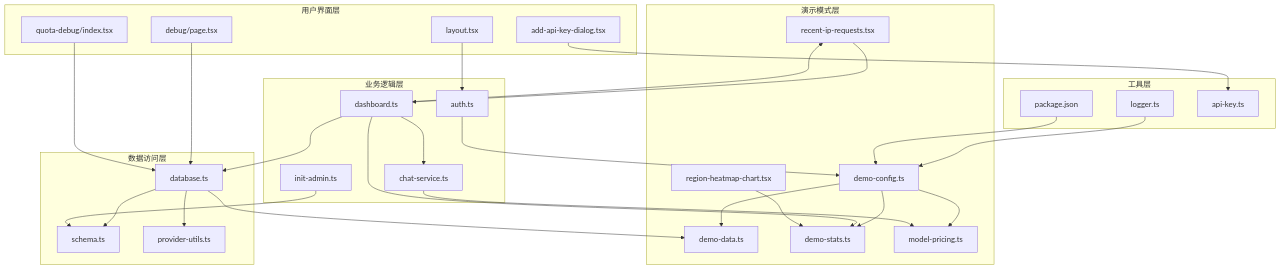
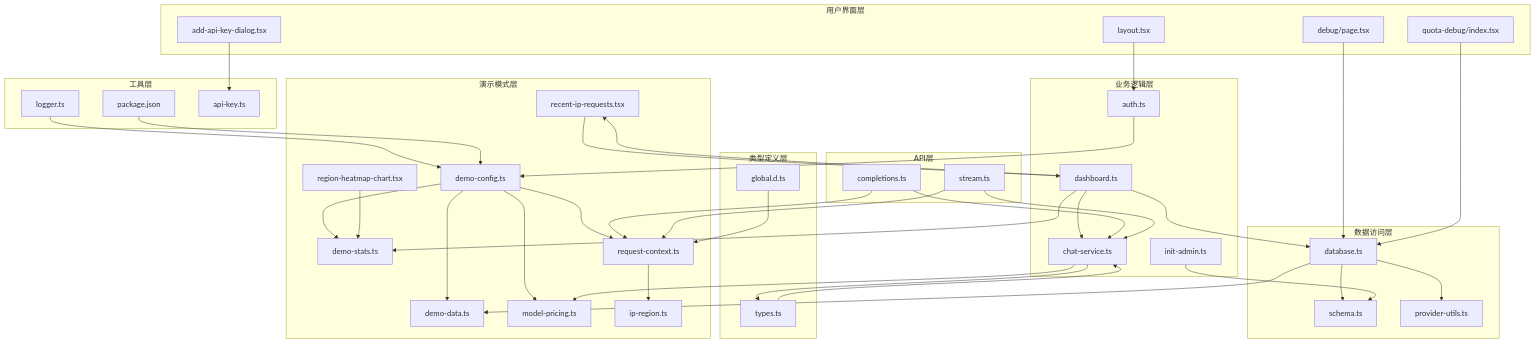
Before and after one commit to RadiumAg/AIGate: diagram 12 of 12 in .qoder/repowiki/zh/content/核心功能/演示模式系统.md, drawn with Mermaid. The commit also changed other lines of this file and 7 other files, not shown here.

````diff
--- a/.qoder/repowiki/zh/content/核心功能/演示模式系统.md
+++ b/.qoder/repowiki/zh/content/核心功能/演示模式系统.md
@@ -708,54 +694,73 @@
 ```mermaid
 graph TB
 subgraph "演示模式层"
 DC[demo-config.ts]
 DD[demo-data.ts]
 DS[demo-stats.ts]
 RHC[region-heatmap-chart.tsx]
 MP[model-pricing.ts]
 RIR[recent-ip-requests.tsx]
+RC[request-context.ts]
+IR[ip-region.ts]
 end
 subgraph "数据访问层"
 DB[database.ts]
 SC[schema.ts]
 PU[provider-utils.ts]
 end
 subgraph "业务逻辑层"
 DR[dashboard.ts]
 AU[auth.ts]
 IL[init-admin.ts]
 CS[chat-service.ts]
+end
+subgraph "API层"
+CPT[completions.ts]
+STR[stream.ts]
+end
+subgraph "类型定义层"
+GT[global.d.ts]
+TS[types.ts]
 end
 subgraph "用户界面层"
 DP[debug/page.tsx]
 QD[quota-debug/index.tsx]
 LYT[layout.tsx]
 AKD[add-api-key-dialog.tsx]
 end
 subgraph "工具层"
 PKG[package.json]
 LG[logger.ts]
 TK[api-key.ts]
 end
 DC --> DD
 DC --> DS
 DC --> MP
+DC --> RC
+RC --> IR
 DB --> DD
 DB --> SC
 DB --> PU
 DR --> DB
 DR --> DS
 DR --> CS
 DR --> RIR
+CPT --> RC
+CPT --> CS
+STR --> RC
+STR --> CS
 AU --> DC
 IL --> SC
 DP --> DB
 QD --> DB
 CS --> MP
+CS --> TS
 AKD --> TK
 LYT --> AU
 LG --> DC
 RHC --> DS
 RIR --> DR
+GT --> RC
+TS --> CS
 PKG --> DC
 ```
````
